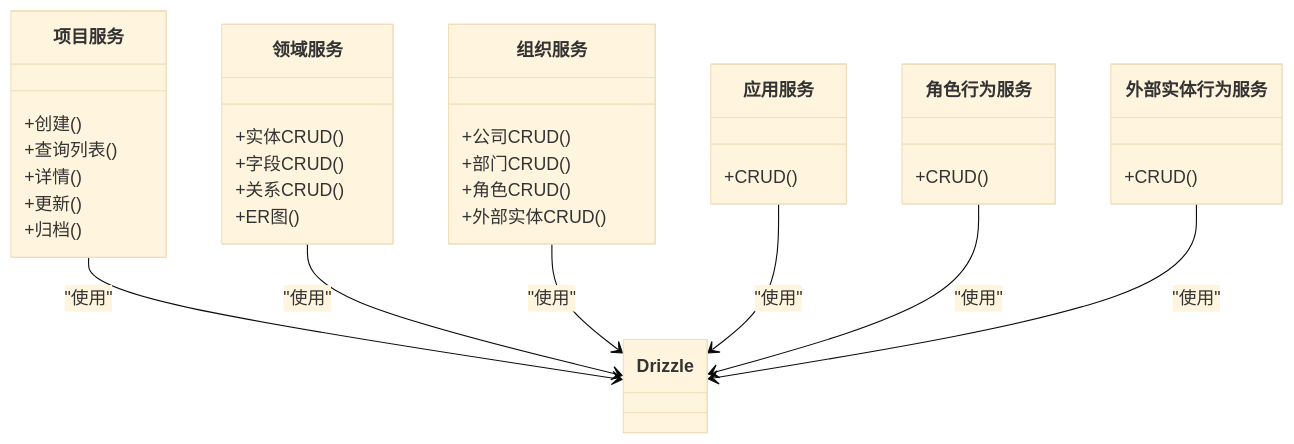
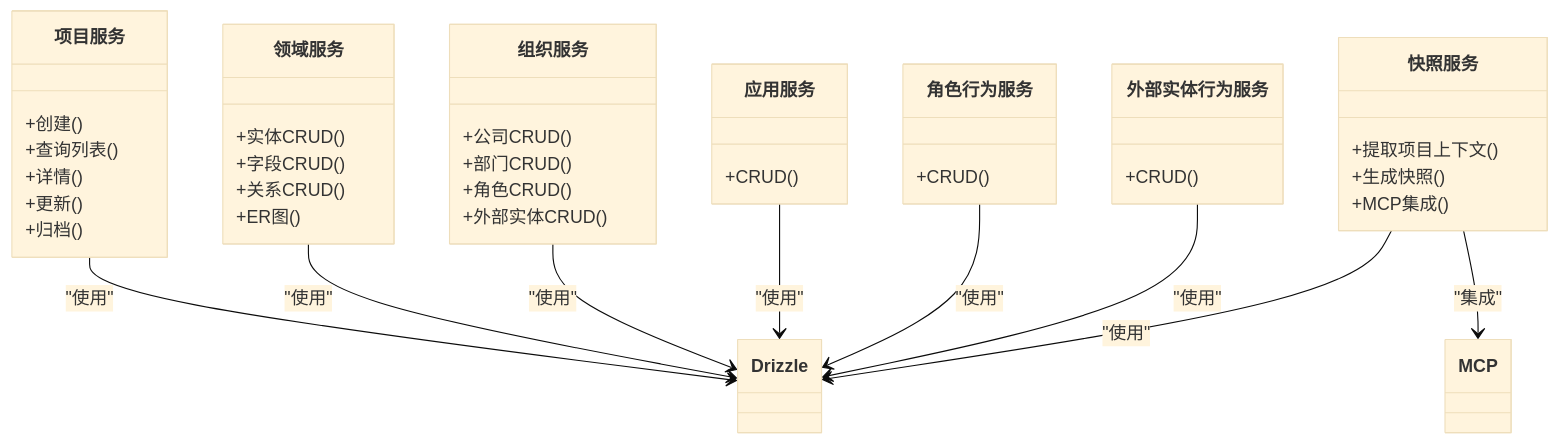
Before and after one commit to kai-cui1/ai-prototype-manager: the seventh of 12 diagrams in .qoder/repowiki/zh/content/后端开发/后端开发.md, drawn with Mermaid (base theme). The commit also changed other lines of this file and 295 other files, not shown here.

````diff
--- a/.qoder/repowiki/zh/content/后端开发/后端开发.md
+++ b/.qoder/repowiki/zh/content/后端开发/后端开发.md
@@ -267,37 +287,44 @@
 ```mermaid
 classDiagram
 class 项目服务 {
 +创建()
 +查询列表()
 +详情()
 +更新()
 +归档()
 }
 class 领域服务 {
 +实体CRUD()
 +字段CRUD()
 +关系CRUD()
 +ER图()
 }
 class 组织服务 {
 +公司CRUD()
 +部门CRUD()
 +角色CRUD()
 +外部实体CRUD()
 }
 class 应用服务 {
 +CRUD()
 }
 class 角色行为服务 {
 +CRUD()
 }
 class 外部实体行为服务 {
 +CRUD()
 }
+class 快照服务 {
++提取项目上下文()
++生成快照()
++MCP集成()
+}
 项目服务 --> Drizzle : "使用"
 领域服务 --> Drizzle : "使用"
 组织服务 --> Drizzle : "使用"
 应用服务 --> Drizzle : "使用"
 角色行为服务 --> Drizzle : "使用"
 外部实体行为服务 --> Drizzle : "使用"
+快照服务 --> MCP : "集成"
+快照服务 --> Drizzle : "使用"
 ```
````
